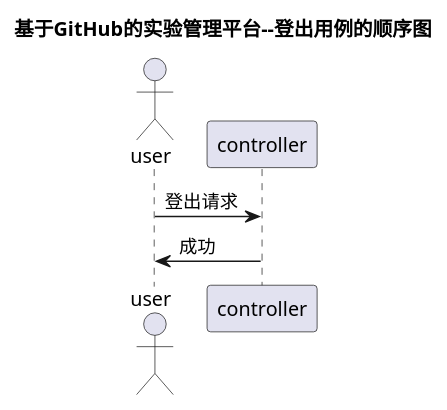
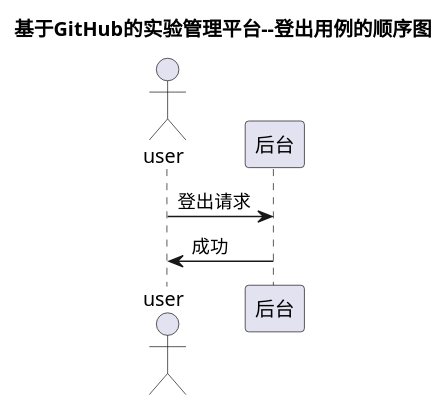
One commit to wjcml/is_analysis changed the diagram in test6/src/退出.puml. Above: the diagram before and after it, drawn with PlantUML.

```diff
--- a/test6/src/退出.puml
+++ b/test6/src/退出.puml
@@ -1,7 +1,7 @@
 @startuml
 title 基于GitHub的实验管理平台--登出用例的顺序图
 actor user
-user -> controller:登出请求
-controller->user:成功
+user -> 后台:登出请求
+后台->user:成功
 
 @enduml
```
